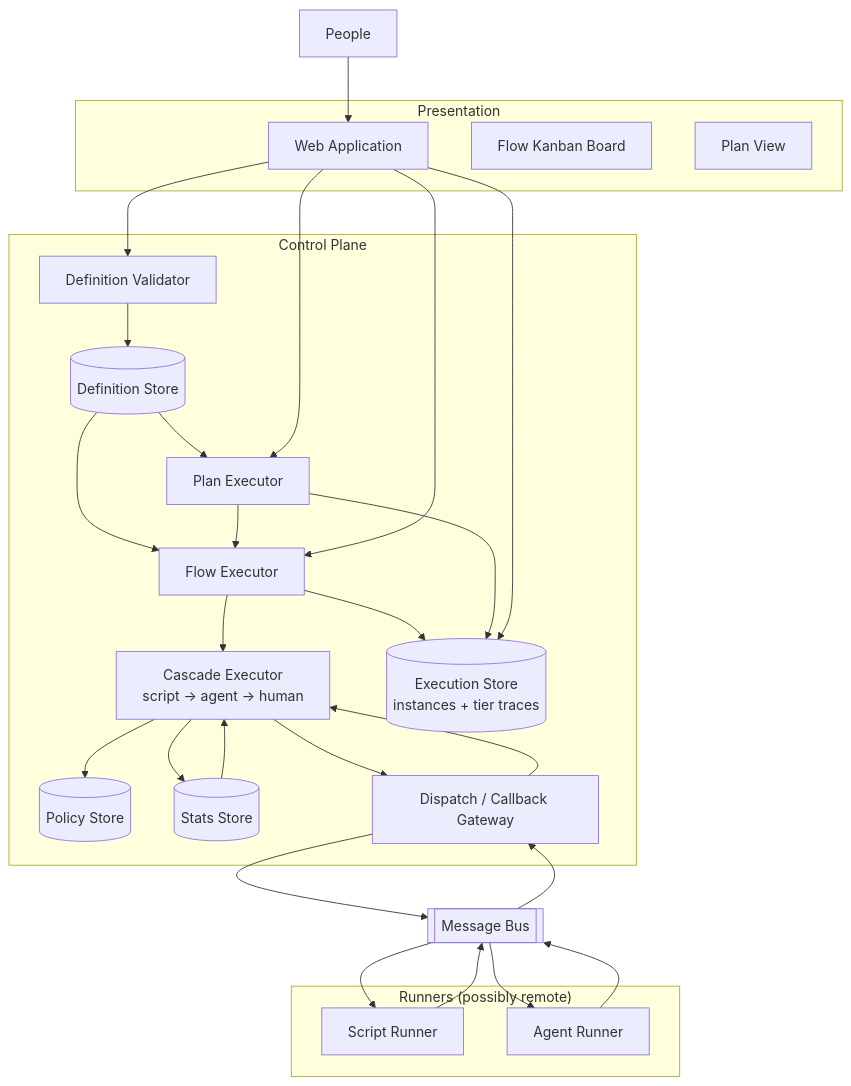
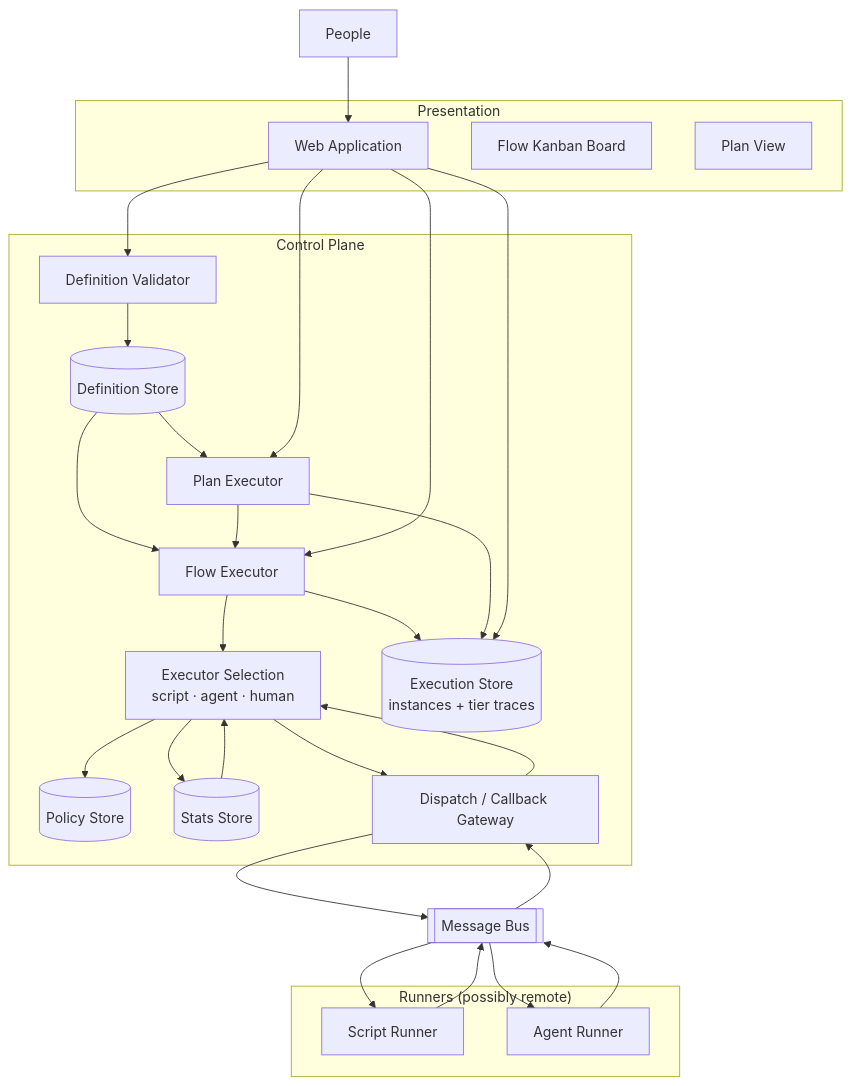
One commit to kenny1125nz/flow-platform changed the diagram in architecture.md. Above: the diagram before and after it, drawn with Mermaid. The commit also changed other lines of this file and 3 other files, not shown here.

````diff
--- a/architecture.md
+++ b/architecture.md
@@ -18,53 +20,53 @@
 ```mermaid
 flowchart TB
   subgraph Presentation
     Web[Web Application]
     Kanban[Flow Kanban Board]
     PlanView[Plan View]
   end
 
   subgraph Control["Control Plane"]
     DefStore[(Definition Store)]
     Validator[Definition Validator]
     PolicyStore[(Policy Store)]
     StatsStore[(Stats Store)]
     PlanExec[Plan Executor]
     FlowExec[Flow Executor]
-    Cascade[Cascade Executor<br/>script → agent → human]
+    ExecSelector[Executor Selection<br/>script · agent · human]
     ExecStore[(Execution Store<br/>instances + tier traces)]
     Gateway[Dispatch / Callback Gateway]
   end
 
   Bus[[Message Bus]]
 
   subgraph Runners["Runners (possibly remote)"]
     ScriptRunner[Script Runner]
     AgentRunner[Agent Runner]
   end
 
   People[People]
 
   Web --> Validator
   Validator --> DefStore
   DefStore --> PlanExec
   DefStore --> FlowExec
   PlanExec --> FlowExec
-  FlowExec --> Cascade
-  Cascade --> PolicyStore
-  Cascade --> StatsStore
-  StatsStore --> Cascade
+  FlowExec --> ExecSelector
+  ExecSelector --> PolicyStore
+  ExecSelector --> StatsStore
+  StatsStore --> ExecSelector
   FlowExec --> ExecStore
   PlanExec --> ExecStore
-  Cascade --> Gateway
+  ExecSelector --> Gateway
   Gateway --> Bus
   Bus --> ScriptRunner
   Bus --> AgentRunner
   ScriptRunner --> Bus
   AgentRunner --> Bus
   Bus --> Gateway
-  Gateway --> Cascade
+  Gateway --> ExecSelector
   People --> Web
   Web --> ExecStore
   Web --> FlowExec
   Web --> PlanExec
 ```
````
